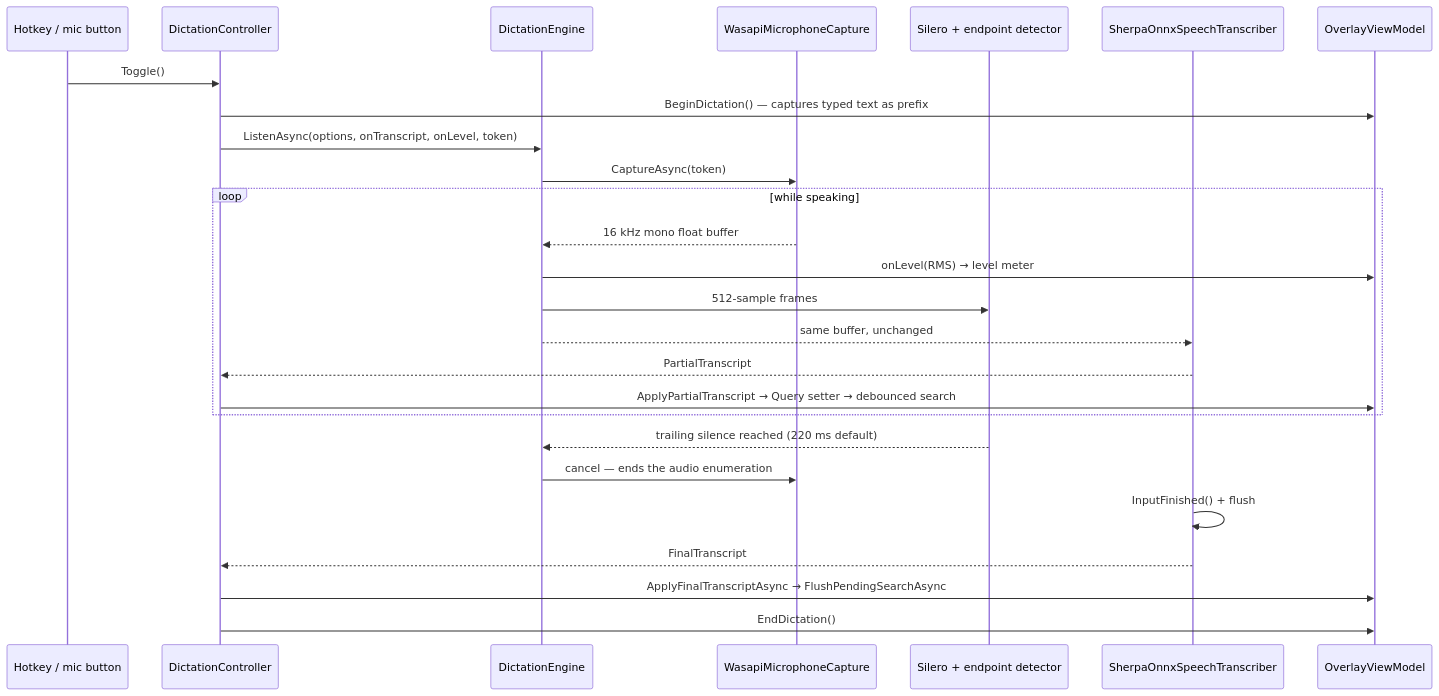
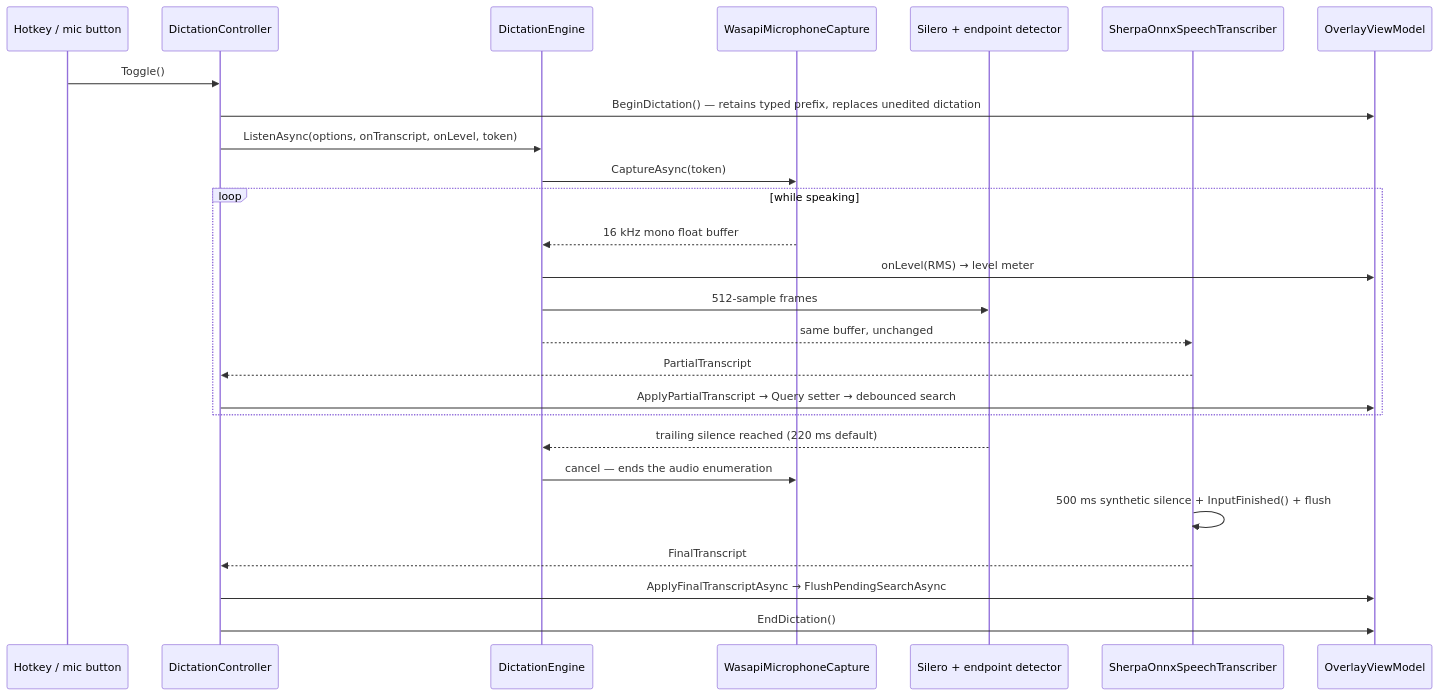
Before and after one commit to albigi/SemanticStart: the third of 5 diagrams in docs/architecture-speech.md, drawn with Mermaid. The commit also changed other lines of this file and 11 other files, not shown here.

````diff
--- a/docs/architecture-speech.md
+++ b/docs/architecture-speech.md
@@ -128,29 +134,29 @@
 ```mermaid
 sequenceDiagram
     participant Key as Hotkey / mic button
     participant Ctl as DictationController
     participant Eng as DictationEngine
     participant Mic as WasapiMicrophoneCapture
     participant Vad as Silero + endpoint detector
     participant Trn as SherpaOnnxSpeechTranscriber
     participant VM as OverlayViewModel
 
     Key->>Ctl: Toggle()
-    Ctl->>VM: BeginDictation() — captures typed text as prefix
+    Ctl->>VM: BeginDictation() — retains typed prefix, replaces unedited dictation
     Ctl->>Eng: ListenAsync(options, onTranscript, onLevel, token)
     Eng->>Mic: CaptureAsync(token)
     loop while speaking
         Mic-->>Eng: 16 kHz mono float buffer
         Eng->>VM: onLevel(RMS) → level meter
         Eng->>Vad: 512-sample frames
         Eng-->>Trn: same buffer, unchanged
         Trn-->>Ctl: PartialTranscript
         Ctl->>VM: ApplyPartialTranscript → Query setter → debounced search
     end
     Vad-->>Eng: trailing silence reached (220 ms default)
     Eng->>Mic: cancel — ends the audio enumeration
-    Trn->>Trn: InputFinished() + flush
+    Trn->>Trn: 500 ms synthetic silence + InputFinished() + flush
     Trn-->>Ctl: FinalTranscript
     Ctl->>VM: ApplyFinalTranscriptAsync → FlushPendingSearchAsync
     Ctl->>VM: EndDictation()
 ```
````
